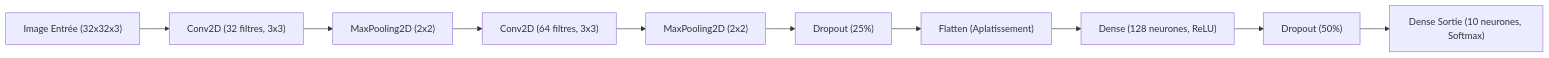
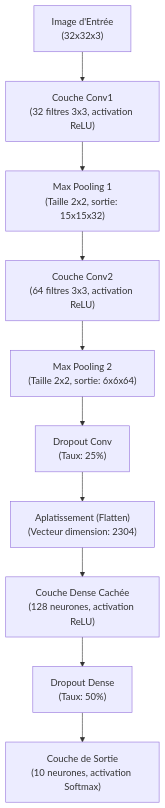
Before and after one commit to HAMZAZAWAK17/CIFAR-10: the diagram in Rapport_TP_CNN_CIFAR10.md, drawn with Mermaid. The commit also changed other lines of this file, not shown here.

````diff
--- a/Rapport_TP_CNN_CIFAR10.md
+++ b/Rapport_TP_CNN_CIFAR10.md
@@ -69,12 +106,12 @@
 ```mermaid
-graph LR
-    Input["Image Entrée (32x32x3)"] --> Conv1["Conv2D (32 filtres, 3x3)"]
-    Conv1 --> Pool1["MaxPooling2D (2x2)"]
-    Pool1 --> Conv2["Conv2D (64 filtres, 3x3)"]
-    Conv2 --> Pool2["MaxPooling2D (2x2)"]
-    Pool2 --> Drop1["Dropout (25%)"]
-    Drop1 --> Flat["Flatten (Aplatissement)"]
-    Flat --> Dense1["Dense (128 neurones, ReLU)"]
-    Dense1 --> Drop2["Dropout (50%)"]
-    Drop2 --> Output["Dense Sortie (10 neurones, Softmax)"]
+graph TD
+    Input["Image d'Entrée<br>(32x32x3)"] --> Conv1["Couche Conv1<br>(32 filtres 3x3, activation ReLU)"]
+    Conv1 --> Pool1["Max Pooling 1<br>(Taille 2x2, sortie: 15x15x32)"]
+    Pool1 --> Conv2["Couche Conv2<br>(64 filtres 3x3, activation ReLU)"]
+    Conv2 --> Pool2["Max Pooling 2<br>(Taille 2x2, sortie: 6x6x64)"]
+    Pool2 --> Drop1["Dropout Conv<br>(Taux: 25%)"]
+    Drop1 --> Flat["Aplatissement (Flatten)<br>(Vecteur dimension: 2304)"]
+    Flat --> Dense1["Couche Dense Cachée<br>(128 neurones, activation ReLU)"]
+    Dense1 --> Drop2["Dropout Dense<br>(Taux: 50%)"]
+    Drop2 --> Out["Couche de Sortie<br>(10 neurones, activation Softmax)"]
 ```
````
